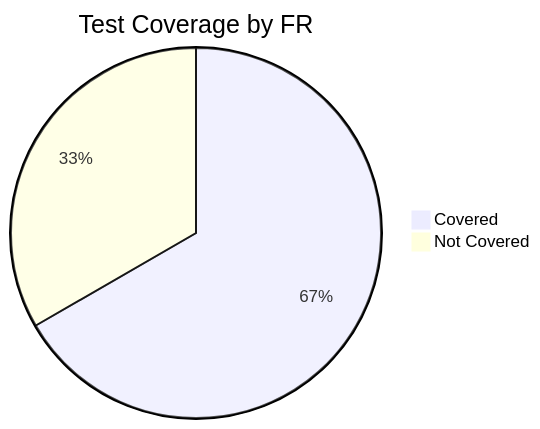
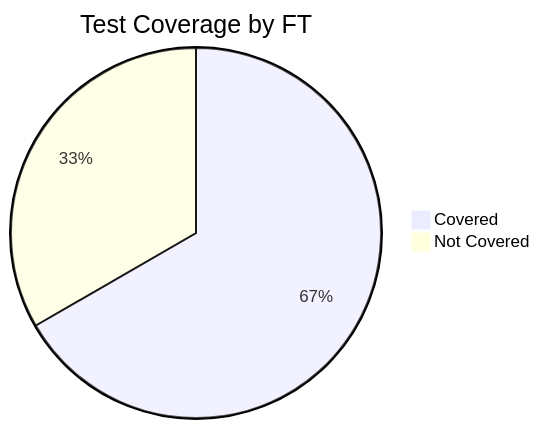
One commit to upleat-ax/u-maker-plugin changed the second of 2 diagrams in templates/04-check/4_Case_QA.template.md. Above: the diagram before and after it, drawn with Mermaid. The commit also changed other lines of this file and 79 other files, not shown here.

````diff
--- a/templates/04-check/4_Case_QA.template.md
+++ b/templates/04-check/4_Case_QA.template.md
@@ -214,5 +214,5 @@
 ```mermaid
-pie title Test Coverage by FR
+pie title Test Coverage by FT
     "Covered" : 2
     "Not Covered" : 1
 ```
````
